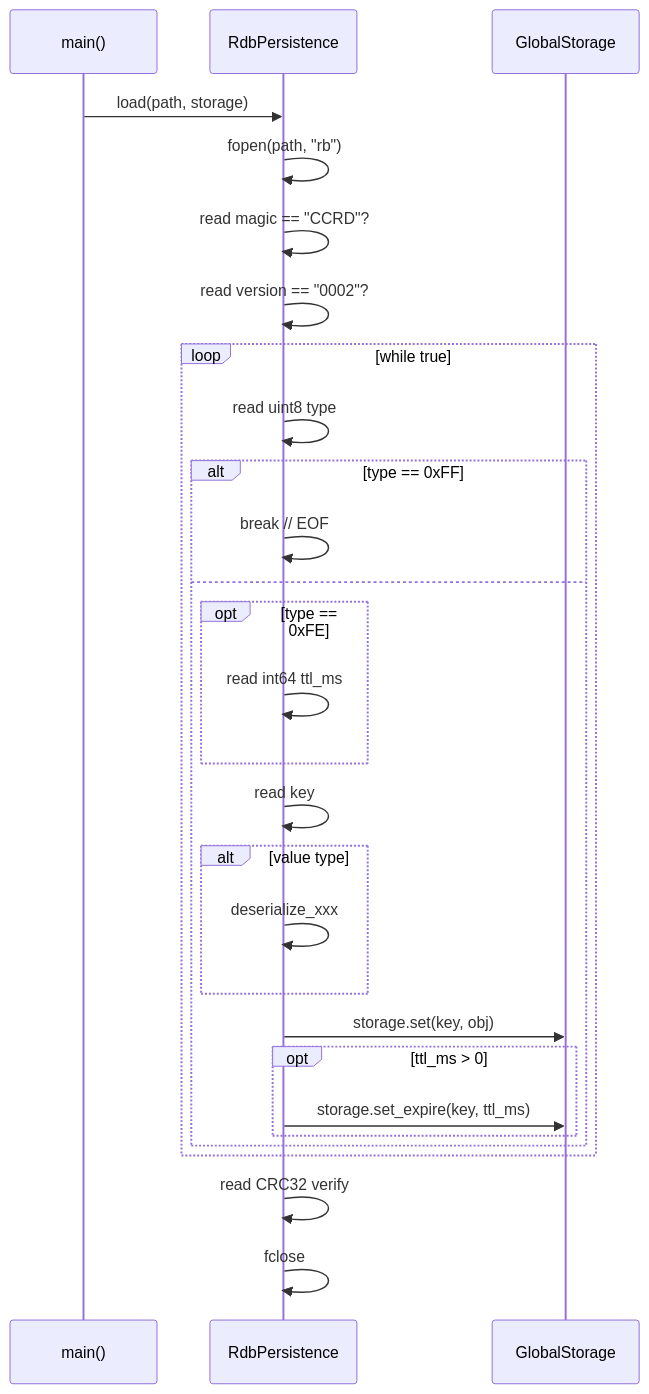
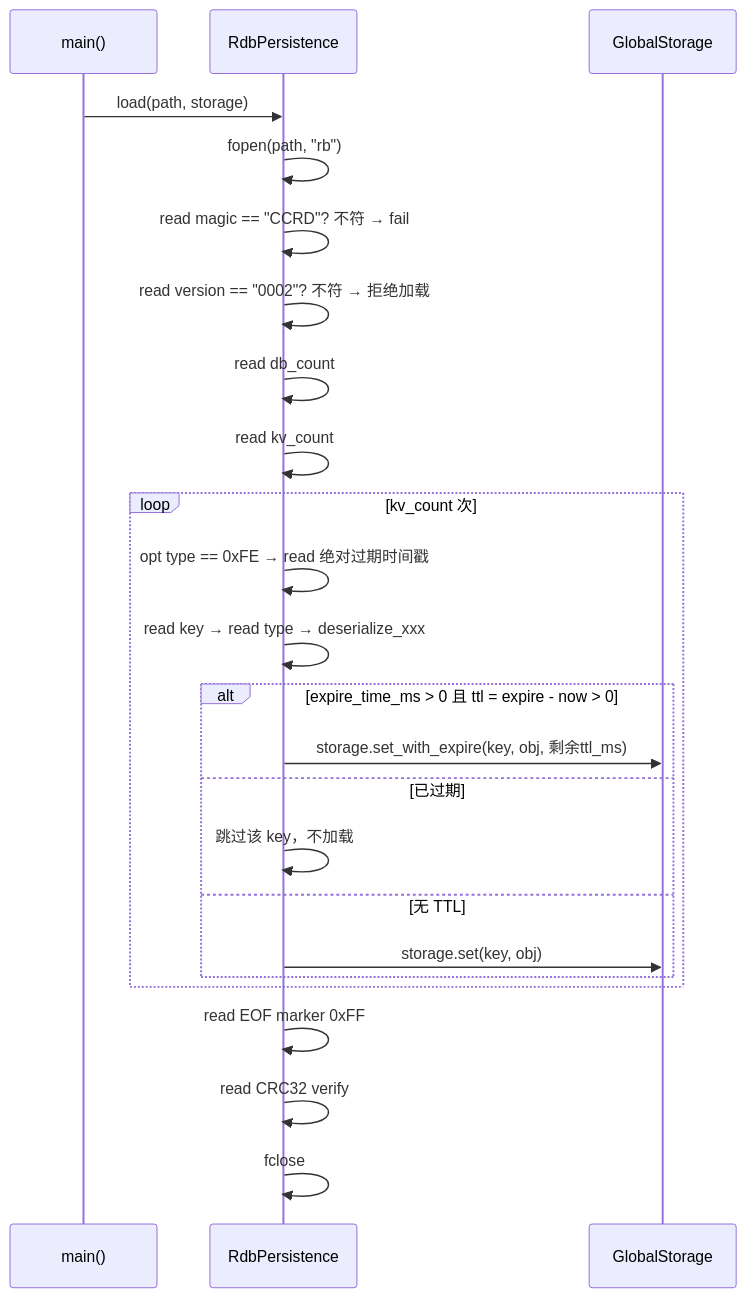
The third of 3 diagrams in docs/architecture/persistence.md (zimingttkx/ConcurrentCache), drawn with Mermaid before and after one commit. The commit also changed other lines of this file and 9 other files, not shown here.

````diff
--- a/docs/architecture/persistence.md
+++ b/docs/architecture/persistence.md
@@ -217,30 +241,26 @@
 ```mermaid
 sequenceDiagram
     participant M as main()
     participant RP as RdbPersistence
     participant GS as GlobalStorage
     M->>RP: load(path, storage)
     RP->>RP: fopen(path, "rb")
-    RP->>RP: read magic == "CCRD"?
-    RP->>RP: read version == "0002"?
-    loop while true
-        RP->>RP: read uint8 type
-        alt type == 0xFF
-            RP->>RP: break  // EOF
-        else
-            opt type == 0xFE
-                RP->>RP: read int64 ttl_ms
-            end
-            RP->>RP: read key
-            alt value type
-                RP->>RP: deserialize_xxx
-            end
+    RP->>RP: read magic == "CCRD"? 不符 → fail
+    RP->>RP: read version == "0002"? 不符 → 拒绝加载
+    RP->>RP: read db_count
+    RP->>RP: read kv_count
+    loop kv_count 次
+        RP->>RP: opt type == 0xFE → read 绝对过期时间戳
+        RP->>RP: read key → read type → deserialize_xxx
+        alt expire_time_ms > 0 且 ttl = expire - now > 0
+            RP->>GS: storage.set_with_expire(key, obj, 剩余ttl_ms)
+        else 已过期
+            RP->>RP: 跳过该 key，不加载
+        else 无 TTL
             RP->>GS: storage.set(key, obj)
-            opt ttl_ms > 0
-                RP->>GS: storage.set_expire(key, ttl_ms)
-            end
         end
     end
+    RP->>RP: read EOF marker 0xFF
     RP->>RP: read CRC32 verify
     RP->>RP: fclose
 ```
````
